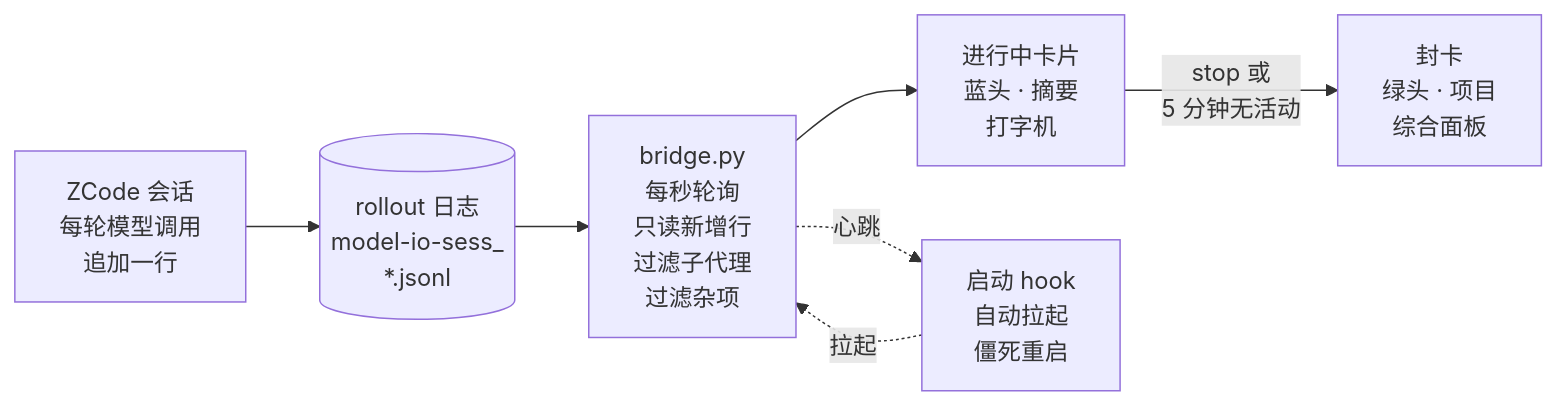
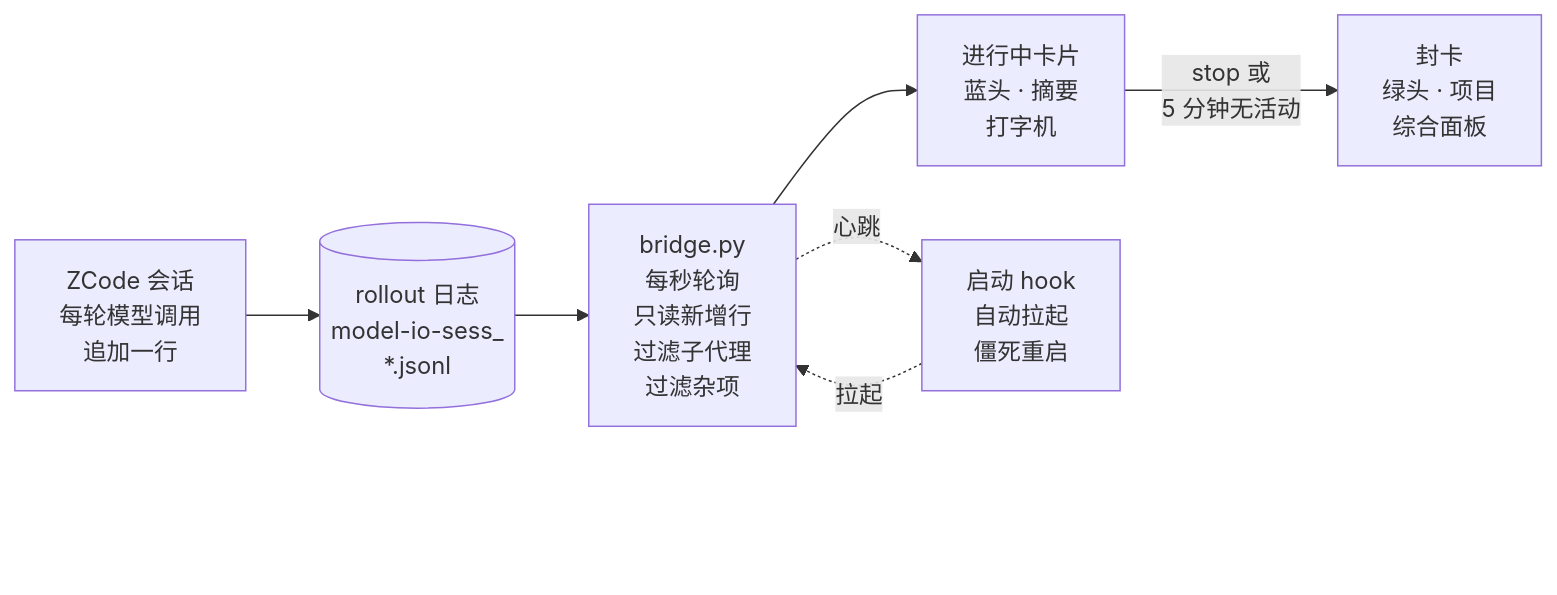
The diagram in README.md (techysy/zcode-feishu-bridge), drawn with Mermaid before and after one commit.

Commit message:
docs: 为架构图右下角增加透明占位垫片，避让 GitHub 浮动导航控制栏

````diff
--- a/README.md
+++ b/README.md
@@ -19,9 +19,13 @@
 ```mermaid
 flowchart LR
     Z["ZCode 会话<br/>每轮模型调用<br/>追加一行"] --> R[("rollout 日志<br/>model-io-sess_<br/>*.jsonl")]
     R --> B["bridge.py<br/>每秒轮询<br/>只读新增行<br/>过滤子代理<br/>过滤杂项"]
     B --> C["进行中卡片<br/>蓝头 · 摘要<br/>打字机"]
     C -- "stop 或<br/>5 分钟无活动" --> D["封卡<br/>绿头 · 项目<br/>综合面板"]
     B -. 心跳 .-> H["启动 hook<br/>自动拉起<br/>僵死重启"]
     H -. 拉起 .-> B
+    PAD["&nbsp;<br/>&nbsp;"]
+    B ~~~ PAD
+
+    style PAD fill:transparent,stroke:none,color:transparent
 ```
````
